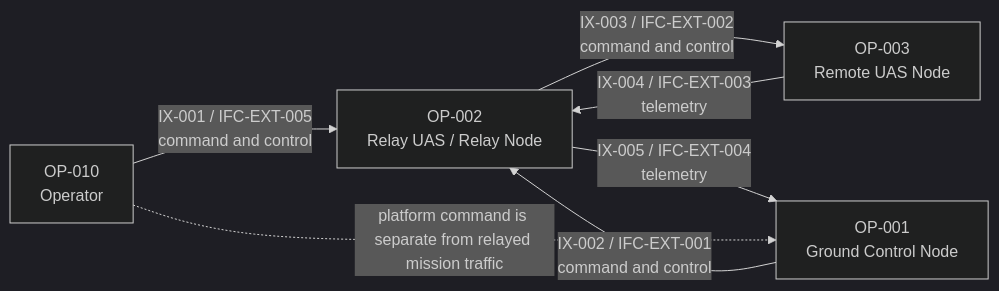
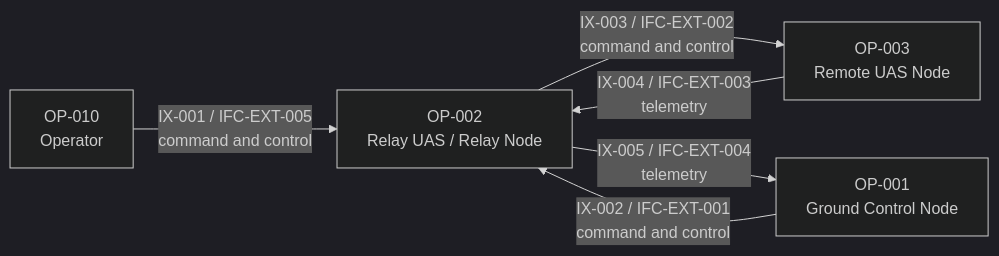
One commit to noahstephenson/low-cost-relay-uas changed the third of 22 diagrams in reports/architecture-views.md. Above: the diagram before and after it, drawn with Mermaid (dark theme). The commit also changed other lines of this file and 11 other files, not shown here.

````diff
--- a/reports/architecture-views.md
+++ b/reports/architecture-views.md
@@ -76,14 +76,13 @@
 ```mermaid
 flowchart LR
     %% Configuration scope: CFG-REP / CFG-DOM
     OP_010["OP-010<br/>Operator"]
     OP_001["OP-001<br/>Ground Control Node"]
     OP_002["OP-002<br/>Relay UAS / Relay Node"]
     OP_003["OP-003<br/>Remote UAS Node"]
     OP_010 -->|"IX-001 / IFC-EXT-005<br/>command and control"| OP_002
     OP_001 -->|"IX-002 / IFC-EXT-001<br/>command and control"| OP_002
     OP_002 -->|"IX-003 / IFC-EXT-002<br/>command and control"| OP_003
     OP_003 -->|"IX-004 / IFC-EXT-003<br/>telemetry"| OP_002
     OP_002 -->|"IX-005 / IFC-EXT-004<br/>telemetry"| OP_001
-    OP_010 -.->|"platform command is separate from relayed mission traffic"| OP_001
 ```
````
